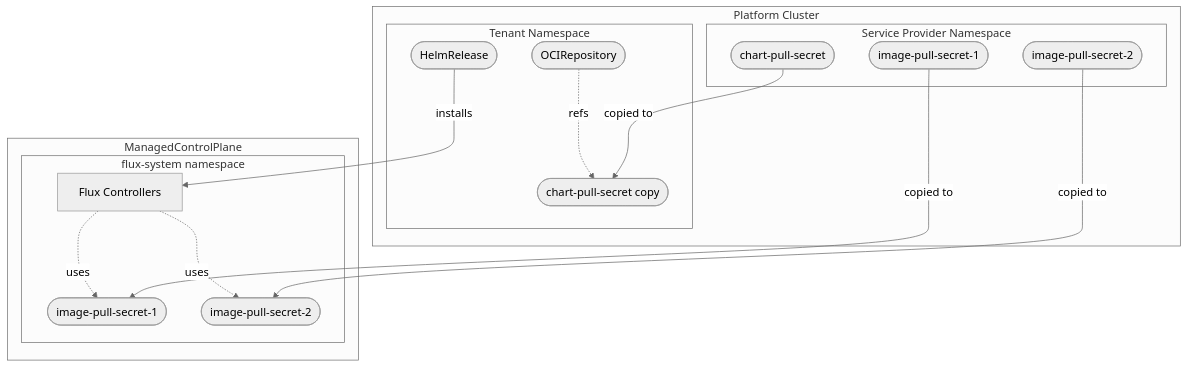
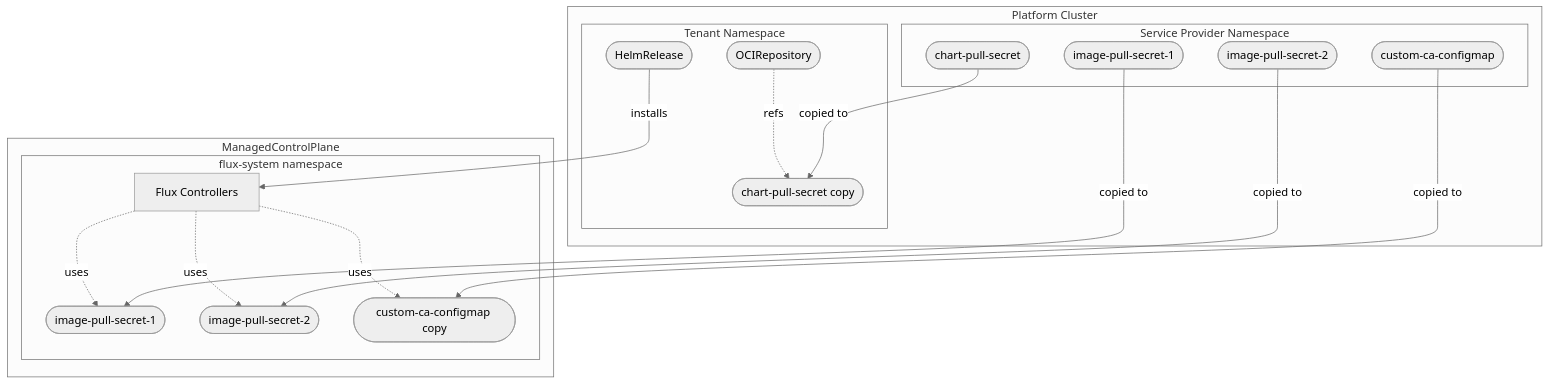
One commit to openmcp-project/service-provider-flux changed the diagram in docs/configuration/image-localization.md. Above: the diagram before and after it, drawn with Mermaid (neutral theme). The commit also changed other lines of this file and 15 other files, not shown here.

````diff
--- a/docs/configuration/image-localization.md
+++ b/docs/configuration/image-localization.md
@@ -21,33 +22,37 @@
 ```mermaid
 flowchart TB
 
   subgraph PC[Platform Cluster]
     subgraph SPN[Service Provider Namespace]
       chartsecret([chart-pull-secret])
+      caconfigmap([custom-ca-configmap])
       imgsecret1([image-pull-secret-1])
       imgsecret2([image-pull-secret-2])
     end
 
     subgraph TN[Tenant Namespace]
       chartsecretcopy([chart-pull-secret copy])
       ocirepo([OCIRepository])
       helmrel([HelmRelease])
       ocirepo -. refs .-> chartsecretcopy
     end
   end
 
   subgraph MCP[ManagedControlPlane]
     subgraph FS[flux-system namespace]
       imgcopy1([image-pull-secret-1])
       imgcopy2([image-pull-secret-2])
+      caconfigmapcopy([custom-ca-configmap copy])
       fluxctrl[Flux Controllers]
       fluxctrl -. uses .-> imgcopy1
       fluxctrl -. uses .-> imgcopy2
+      fluxctrl -. uses .-> caconfigmapcopy
     end
   end
 
   chartsecret -- copied to --> chartsecretcopy
   imgsecret1 -- copied to --> imgcopy1
   imgsecret2 -- copied to --> imgcopy2
+  caconfigmap -- copied to --> caconfigmapcopy
   helmrel -- installs --> fluxctrl
 ```
````
